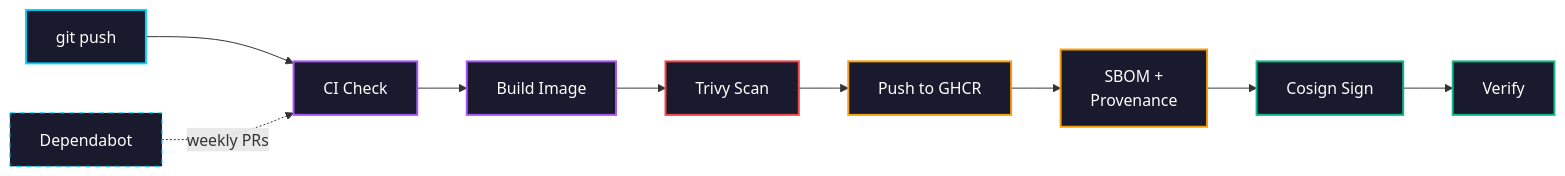
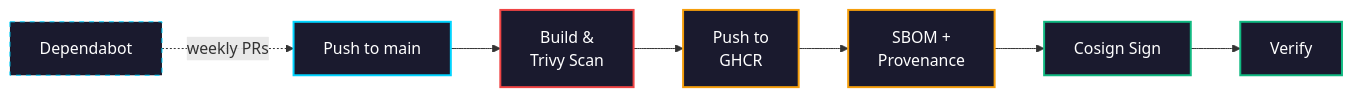
Before and after one commit to or-carmeli/KubeQuest: the sixth of 7 diagrams in README.md, drawn with Mermaid. The commit also changed other lines of this file and 7 other files, not shown here.

````diff
--- a/README.md
+++ b/README.md
@@ -237,16 +266,13 @@
 ```mermaid
 flowchart LR
-    PUSH["git push"] --> CI["CI Check"] --> BUILD["Build Image"] --> SCAN["Trivy Scan"]
-    SCAN --> PUSH_IMG["Push to GHCR"] --> ATTEST["SBOM +<br/>Provenance"] --> SIGN["Cosign Sign"] --> VERIFY["Verify"]
-    BOT["Dependabot"] -.->|weekly PRs| CI
+    PUSH["Push to main"] --> SCAN["Build &<br/>Trivy Scan"] --> GHCR["Push to<br/>GHCR"] --> ATTEST["SBOM +<br/>Provenance"] --> SIGN["Cosign Sign"] --> VERIFY["Verify"]
+    BOT["Dependabot"] -.->|weekly PRs| PUSH
 
     style PUSH fill:#1a1a2e,stroke:#00D4FF,stroke-width:2px,color:#fff
-    style CI fill:#1a1a2e,stroke:#A855F7,stroke-width:2px,color:#fff
-    style BUILD fill:#1a1a2e,stroke:#A855F7,stroke-width:2px,color:#fff
     style SCAN fill:#1a1a2e,stroke:#EF4444,stroke-width:2px,color:#fff
-    style PUSH_IMG fill:#1a1a2e,stroke:#F59E0B,stroke-width:2px,color:#fff
+    style GHCR fill:#1a1a2e,stroke:#F59E0B,stroke-width:2px,color:#fff
     style ATTEST fill:#1a1a2e,stroke:#F59E0B,stroke-width:2px,color:#fff
     style SIGN fill:#1a1a2e,stroke:#10B981,stroke-width:2px,color:#fff
     style VERIFY fill:#1a1a2e,stroke:#10B981,stroke-width:2px,color:#fff
     style BOT fill:#1a1a2e,stroke:#00D4FF,stroke-dasharray:5 5,color:#fff
 ```
````
